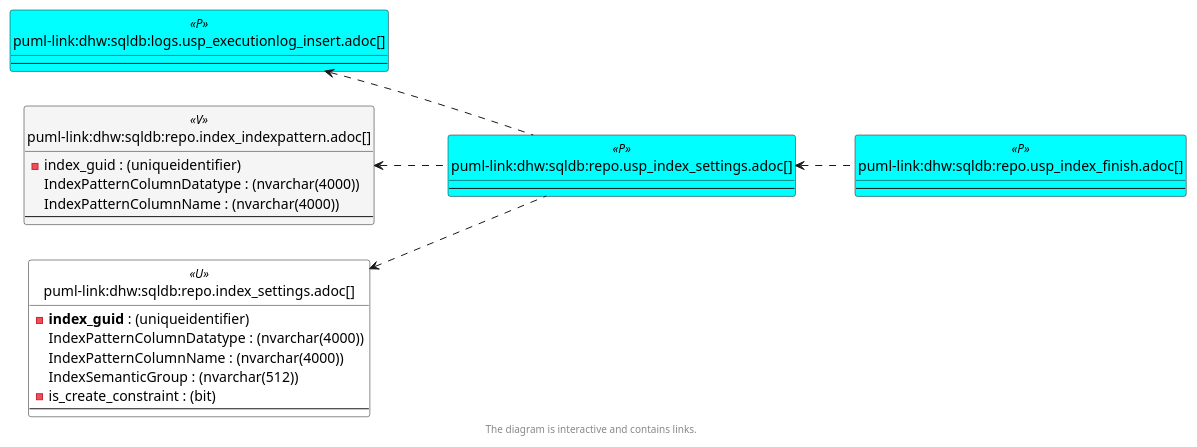
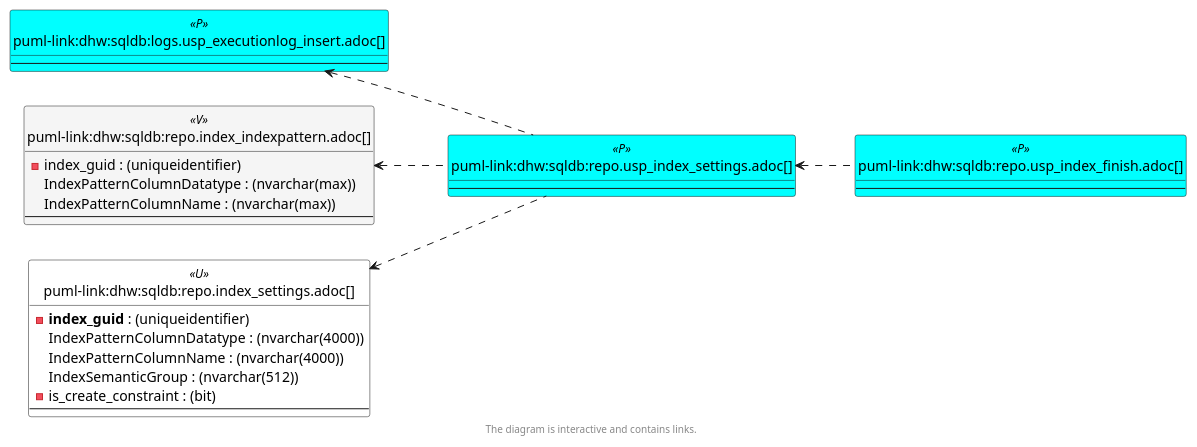
Before and after one commit to DataHandwerk/dhw-antora-sqldb: the sixth of 6 diagrams in docs/modules/sqldb/partials/content/repo.usp_index_settings.adoc, drawn with PlantUML. The commit also changed 701 other files, not shown here.

```diff
--- a/docs/modules/sqldb/partials/content/repo.usp_index_settings.adoc
+++ b/docs/modules/sqldb/partials/content/repo.usp_index_settings.adoc
@@ -1317,68 +1317,68 @@
 [plantuml, entity_1_1_colref-{docname}, svg, subs=macros]
 ....
 @startuml
 left to right direction
 'top to bottom direction
 hide circle
 'avoide "." issues:
 set namespaceSeparator none
 
 
 skinparam class {
   BackgroundColor White
   BackgroundColor<<FN>> Yellow
   BackgroundColor<<FS>> Yellow
   BackgroundColor<<FT>> LightGray
   BackgroundColor<<IF>> Yellow
   BackgroundColor<<IS>> Yellow
   BackgroundColor<<P>>  Aqua
   BackgroundColor<<PC>> Aqua
   BackgroundColor<<SN>> Yellow
   BackgroundColor<<SO>> SlateBlue
   BackgroundColor<<TF>> LightGray
   BackgroundColor<<TR>> Tomato
   BackgroundColor<<U>>  White
   BackgroundColor<<V>>  WhiteSmoke
   BackgroundColor<<X>>  Aqua
   BackgroundColor<<external>> AliceBlue
 }
 
 
 entity "puml-link:dhw:sqldb:logs.usp_executionlog_insert.adoc[]" as logs.usp_ExecutionLog_insert << P >> {
   --
 }
 
 entity "puml-link:dhw:sqldb:repo.index_indexpattern.adoc[]" as repo.Index_IndexPattern << V >> {
   - index_guid : (uniqueidentifier)
-  IndexPatternColumnDatatype : (nvarchar(4000))
-  IndexPatternColumnName : (nvarchar(4000))
+  IndexPatternColumnDatatype : (nvarchar(max))
+  IndexPatternColumnName : (nvarchar(max))
   --
 }
 
 entity "puml-link:dhw:sqldb:repo.index_settings.adoc[]" as repo.Index_Settings << U >> {
   - **index_guid** : (uniqueidentifier)
   IndexPatternColumnDatatype : (nvarchar(4000))
   IndexPatternColumnName : (nvarchar(4000))
   IndexSemanticGroup : (nvarchar(512))
   - is_create_constraint : (bit)
   --
 }
 
 entity "puml-link:dhw:sqldb:repo.usp_index_finish.adoc[]" as repo.usp_Index_finish << P >> {
   --
 }
 
 entity "puml-link:dhw:sqldb:repo.usp_index_settings.adoc[]" as repo.usp_Index_Settings << P >> {
   --
 }
 
 logs.usp_ExecutionLog_insert <.. repo.usp_Index_Settings
 repo.Index_IndexPattern <.. repo.usp_Index_Settings
 repo.Index_Settings <.. repo.usp_Index_Settings
 repo.usp_Index_Settings <.. repo.usp_Index_finish
 
 
 footer The diagram is interactive and contains links.
 
 @enduml
 ....
```
